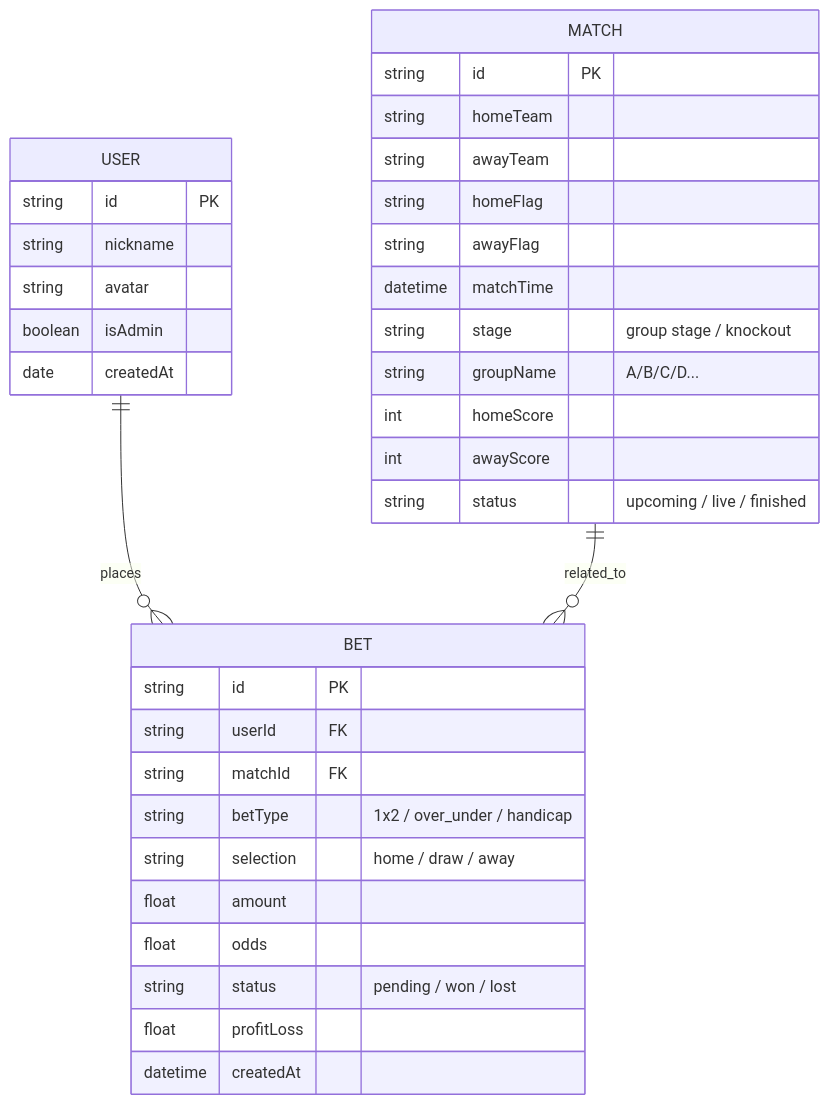
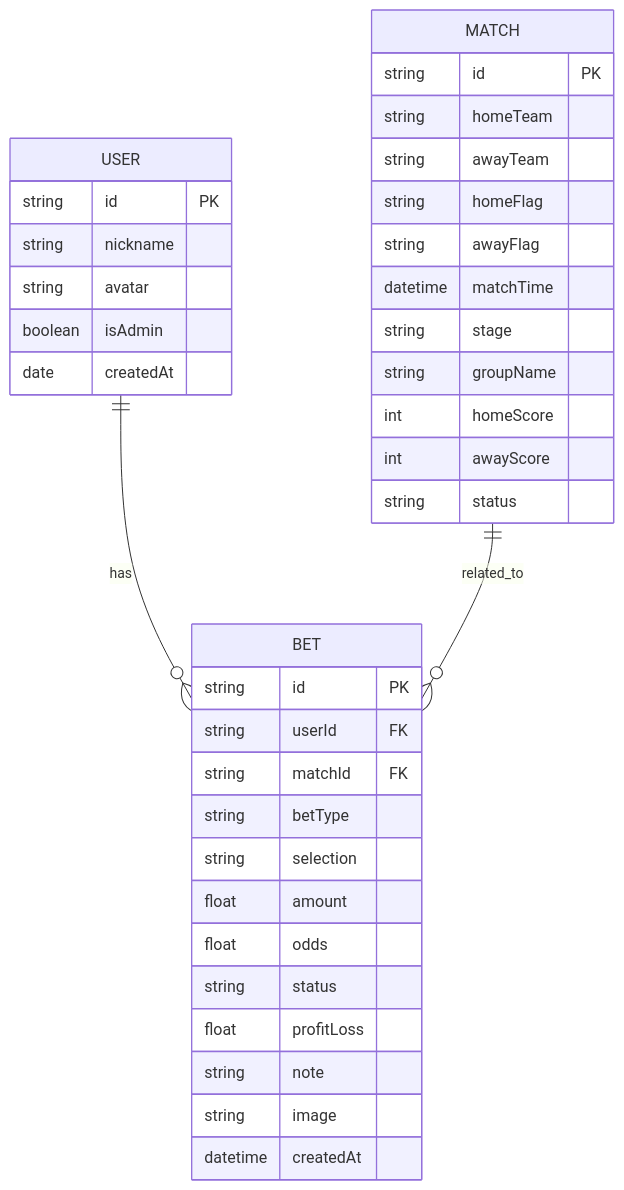
Before and after one commit to x1ngodlike/ranking-website: the second of 2 diagrams in .trae/documents/技术架构-世界杯体彩收支统计排行榜.md, drawn with Mermaid. The commit also changed other lines of this file and 5 other files, not shown here.

````diff
--- a/.trae/documents/技术架构-世界杯体彩收支统计排行榜.md
+++ b/.trae/documents/技术架构-世界杯体彩收支统计排行榜.md
@@ -50,40 +67,42 @@
 ```mermaid
 erDiagram
-    USER ||--o{ BET : places
+    USER ||--o{ BET : has
     MATCH ||--o{ BET : related_to
 
     USER {
         string id PK
         string nickname
         string avatar
         boolean isAdmin
         date createdAt
     }
 
     MATCH {
         string id PK
         string homeTeam
         string awayTeam
         string homeFlag
         string awayFlag
         datetime matchTime
-        string stage "group stage / knockout"
-        string groupName "A/B/C/D..."
+        string stage
+        string groupName
         int homeScore
         int awayScore
-        string status "upcoming / live / finished"
+        string status
     }
 
     BET {
         string id PK
         string userId FK
         string matchId FK
-        string betType "1x2 / over_under / handicap"
-        string selection "home / draw / away"
+        string betType
+        string selection
         float amount
         float odds
-        string status "pending / won / lost"
+        string status
         float profitLoss
+        string note
+        string image
         datetime createdAt
     }
 ```
````
